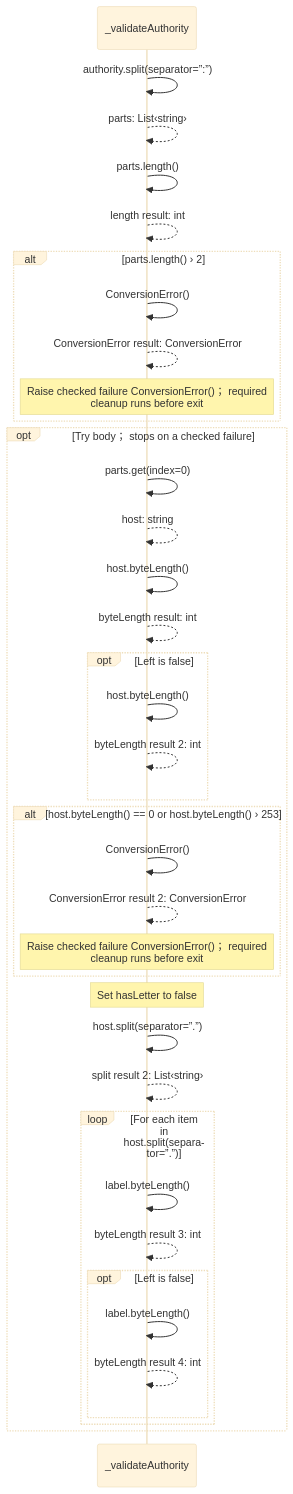
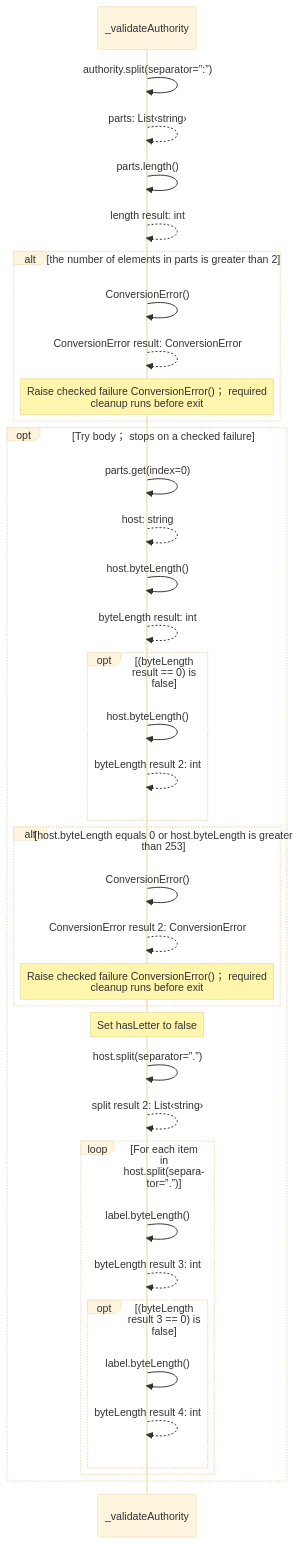
Before and after one commit to GreenPandaStudios/augscript: the ninth of 13 diagrams in src/stdlib/values/urls.aug.diagrams.md, drawn with Mermaid (base theme). The commit also changed other lines of this file and 658 other files, not shown here.

````diff
--- a/src/stdlib/values/urls.aug.diagrams.md
+++ b/src/stdlib/values/urls.aug.diagrams.md
@@ -231,40 +260,40 @@
 ```mermaid
 sequenceDiagram
     participant p0 as _validateAuthority
 
     p0->>p0: authority.split(separator=”:”)
     p0-->>p0: parts: List‹string›
     p0->>p0: parts.length()
     p0-->>p0: length result: int
-    alt parts.length() › 2
+    alt the number of elements in parts is greater than 2
     p0->>p0: ConversionError()
     p0-->>p0: ConversionError result: ConversionError
     Note over p0: Raise checked failure ConversionError()； required<br/>cleanup runs before exit
     end
     opt Try body； stops on a checked failure
     p0->>p0: parts.get(index=0)
     p0-->>p0: host: string
     p0->>p0: host.byteLength()
     p0-->>p0: byteLength result: int
-    opt Left is false
+    opt (byteLength result == 0) is false
     p0->>p0: host.byteLength()
     p0-->>p0: byteLength result 2: int
     end
-    alt host.byteLength() == 0 or host.byteLength() › 253
+    alt host.byteLength equals 0 or host.byteLength is greater<br/>than 253
     p0->>p0: ConversionError()
     p0-->>p0: ConversionError result 2: ConversionError
     Note over p0: Raise checked failure ConversionError()； required<br/>cleanup runs before exit
     end
     Note over p0: Set hasLetter to false
     p0->>p0: host.split(separator=”.”)
     p0-->>p0: split result 2: List‹string›
     loop For each item in host.split(separator=”.”)
     p0->>p0: label.byteLength()
     p0-->>p0: byteLength result 3: int
-    opt Left is false
+    opt (byteLength result 3 == 0) is false
     p0->>p0: label.byteLength()
     p0-->>p0: byteLength result 4: int
     end
     end
     end
 ```
````
